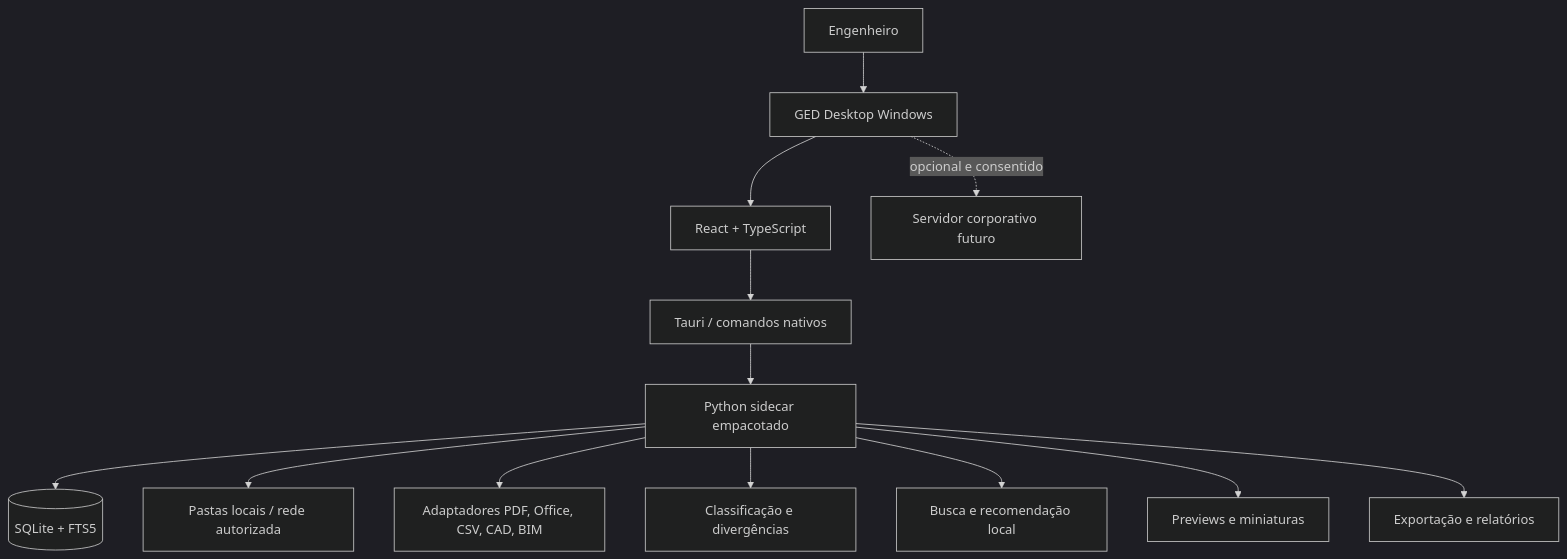
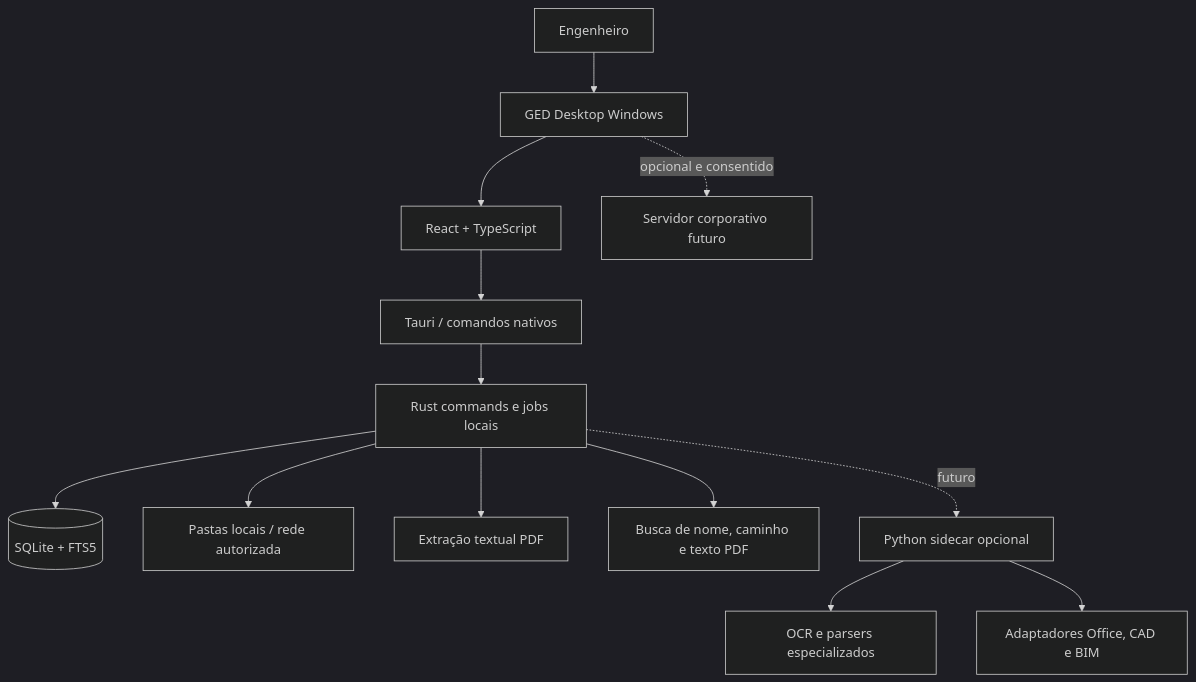
The first of 2 diagrams in docs/ARCHITECTURE.md (Lvc4br/Gerenciador-de-dados), drawn with Mermaid (dark theme) before and after one commit. The commit also changed other lines of this file, not shown here.

Commit message:
Align architecture docs with integrated Rust PDF engine and experimental Python indexer

````diff
--- a/docs/ARCHITECTURE.md
+++ b/docs/ARCHITECTURE.md
@@ -20,15 +22,15 @@
 ```mermaid
 flowchart TB
   U[Engenheiro] --> APP[GED Desktop Windows]
   APP --> UI[React + TypeScript]
   UI --> TAURI[Tauri / comandos nativos]
-  TAURI --> CORE[Python sidecar empacotado]
+  TAURI --> CORE[Rust commands e jobs locais]
   CORE --> DB[(SQLite + FTS5)]
   CORE --> FS[Pastas locais / rede autorizada]
-  CORE --> PARSERS[Adaptadores PDF, Office, CSV, CAD, BIM]
-  CORE --> RULES[Classificação e divergências]
-  CORE --> SEARCH[Busca e recomendação local]
-  CORE --> PREVIEW[Previews e miniaturas]
-  CORE --> EXPORT[Exportação e relatórios]
+  CORE --> PDF[Extração textual PDF]
+  CORE --> SEARCH[Busca de nome, caminho e texto PDF]
+  CORE -. futuro .-> PY[Python sidecar opcional]
+  PY --> OCR[OCR e parsers especializados]
+  PY --> CAD[Adaptadores Office, CAD e BIM]
   APP -. opcional e consentido .-> SYNC[Servidor corporativo futuro]
 ```
````
